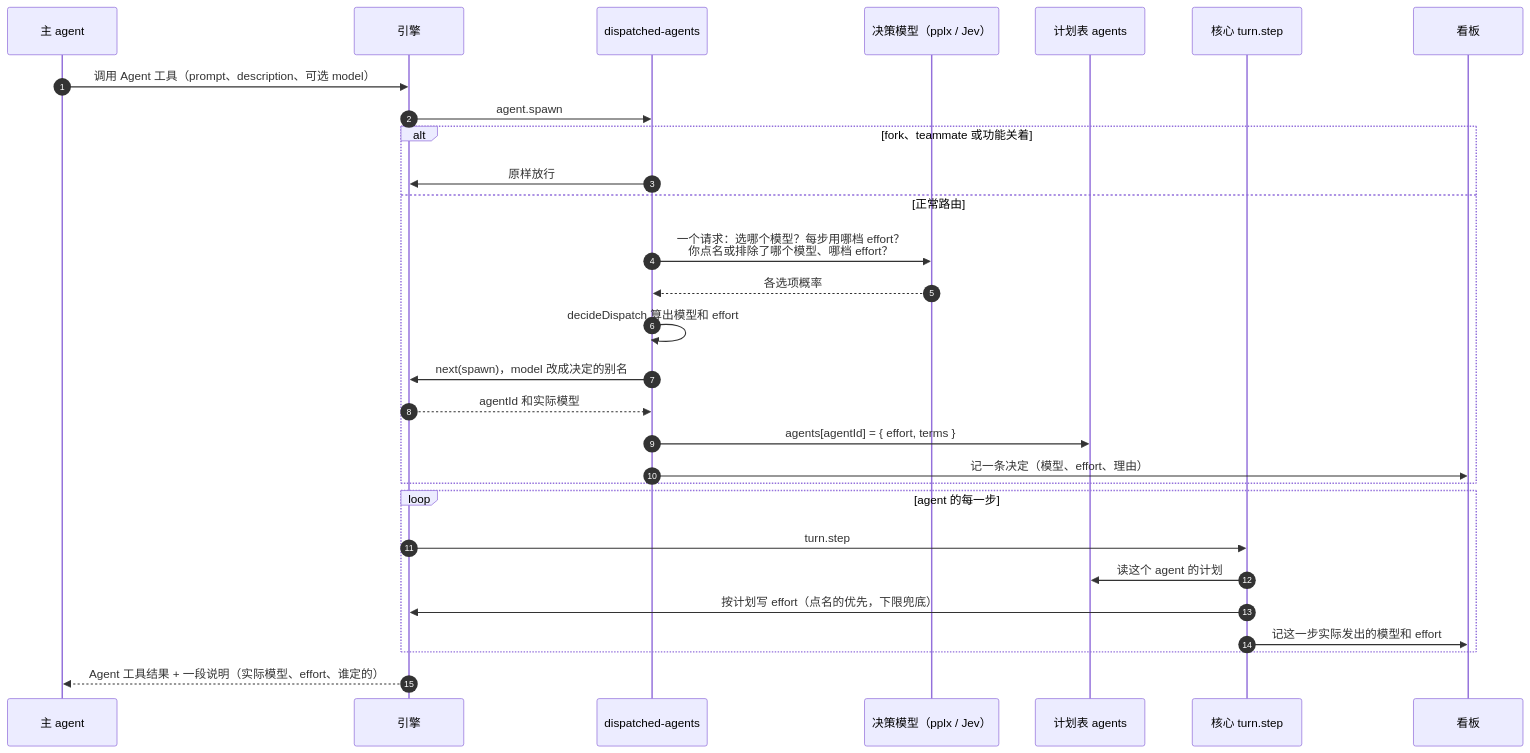
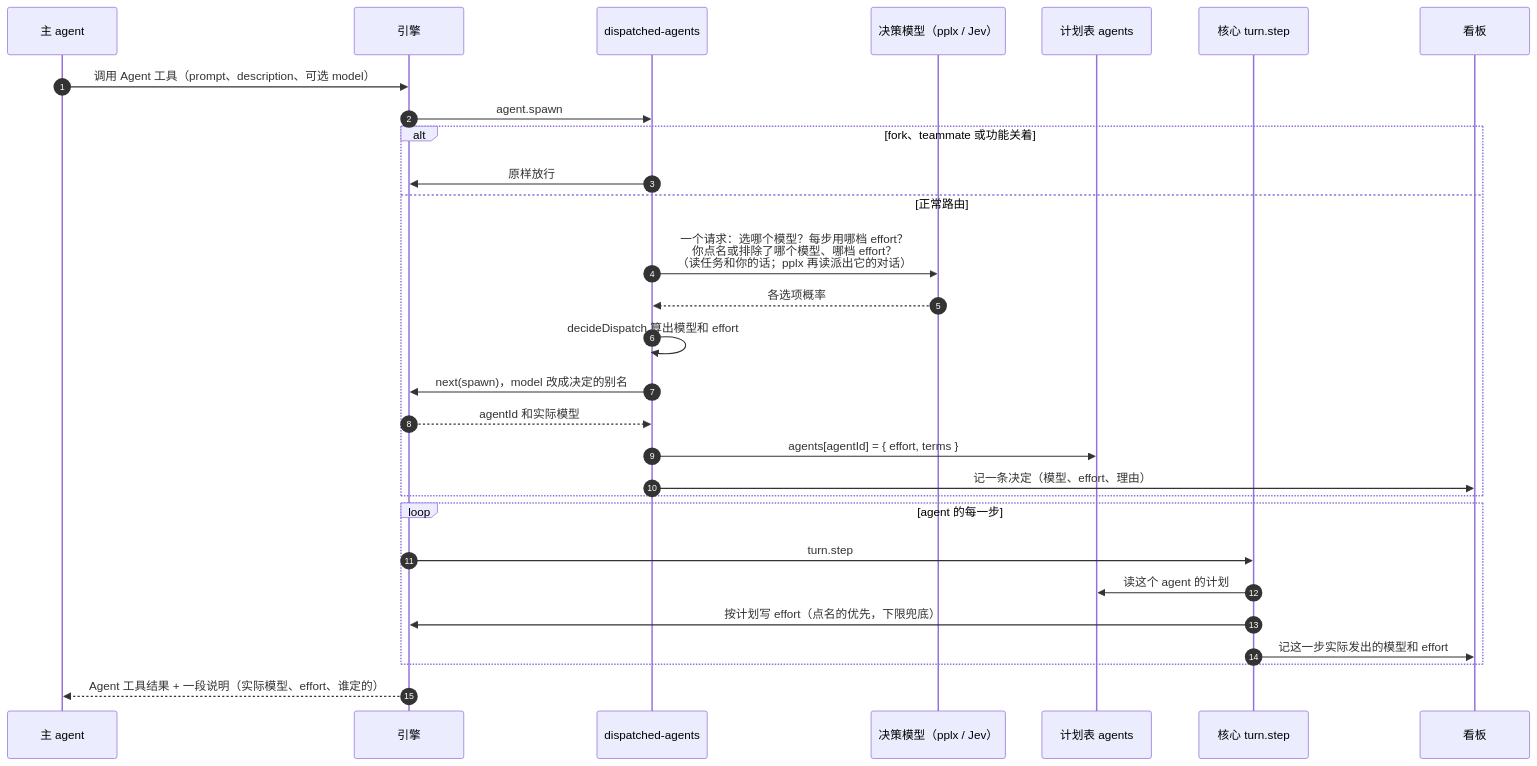
One commit to alexcz-a11y/claude-mods changed the first of 6 diagrams in docs/dispatch-pilot-routing.md. Above: the diagram before and after it, drawn with Mermaid. The commit also changed other lines of this file and 24 other files, not shown here.

````diff
--- a/docs/dispatch-pilot-routing.md
+++ b/docs/dispatch-pilot-routing.md
@@ -21,32 +21,32 @@
 ```mermaid
 sequenceDiagram
     autonumber
     participant M as 主 agent
     participant E as 引擎
     participant D as dispatched-agents
     participant J as 决策模型（pplx / Jev）
     participant P as 计划表 agents
     participant C as 核心 turn.step
     participant B as 看板
 
     M->>E: 调用 Agent 工具（prompt、description、可选 model）
     E->>D: agent.spawn
     alt fork、teammate 或功能关着
         D->>E: 原样放行
     else 正常路由
-        D->>J: 一个请求：选哪个模型？每步用哪档 effort？<br/>你点名或排除了哪个模型、哪档 effort？
+        D->>J: 一个请求：选哪个模型？每步用哪档 effort？<br/>你点名或排除了哪个模型、哪档 effort？<br/>（读任务和你的话；pplx 再读派出它的对话）
         J-->>D: 各选项概率
         D->>D: decideDispatch 算出模型和 effort
         D->>E: next(spawn)，model 改成决定的别名
         E-->>D: agentId 和实际模型
         D->>P: agents[agentId] = { effort, terms }
         D->>B: 记一条决定（模型、effort、理由）
     end
     loop agent 的每一步
         E->>C: turn.step
         C->>P: 读这个 agent 的计划
         C->>E: 按计划写 effort（点名的优先，下限兜底）
         C->>B: 记这一步实际发出的模型和 effort
     end
     E-->>M: Agent 工具结果 + 一段说明（实际模型、effort、谁定的）
 ```
````
